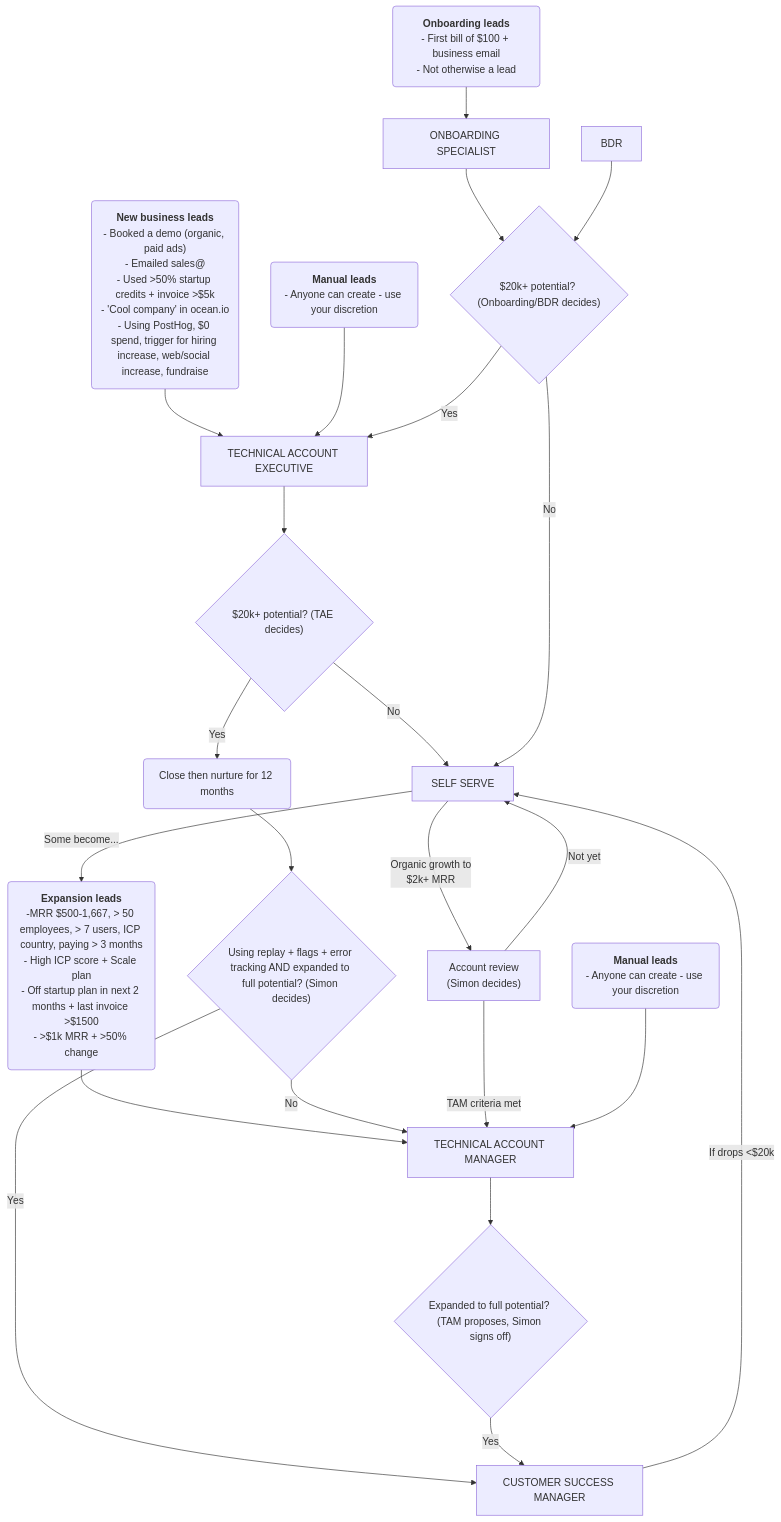
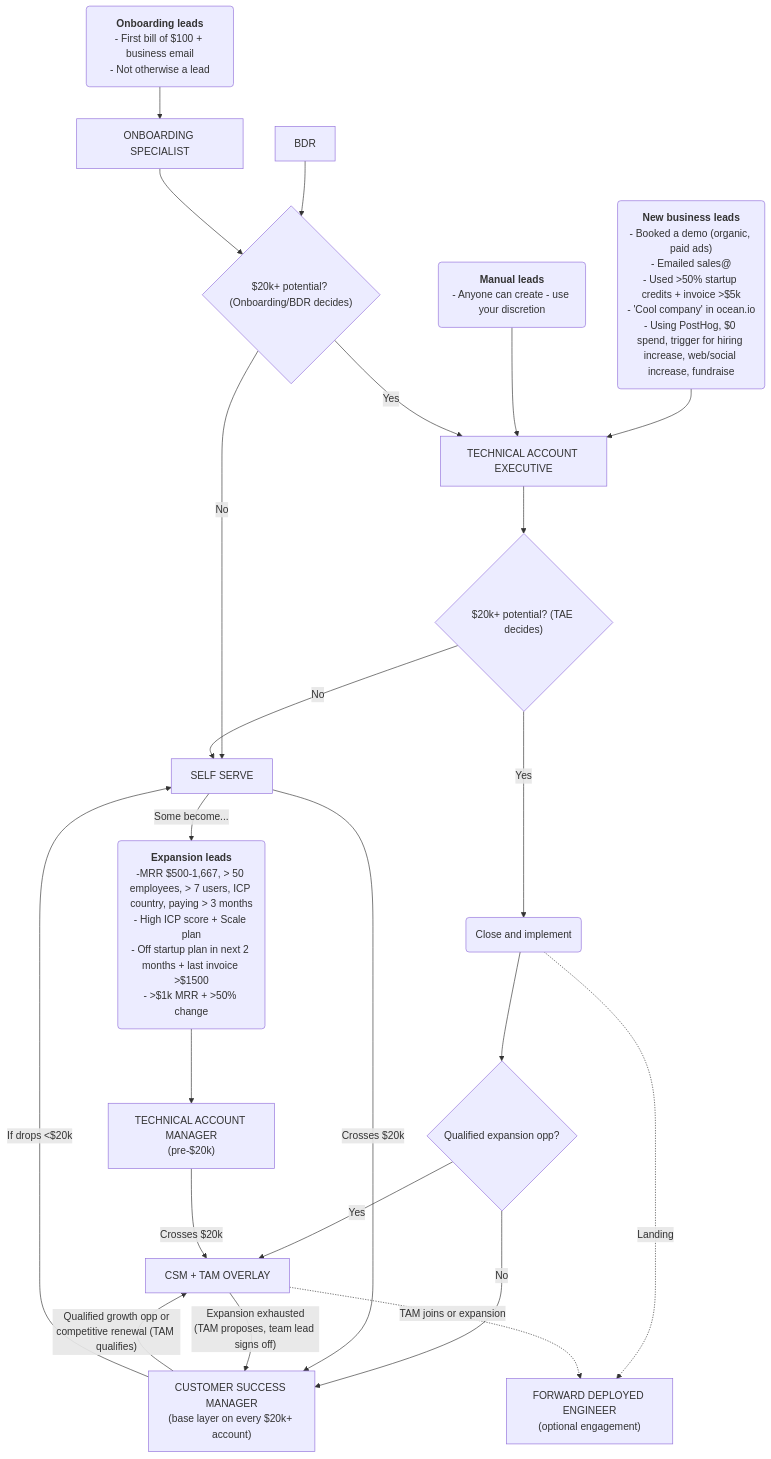
One commit to PostHog/posthog.com changed the diagram in contents/handbook/growth/sales/accounts-overview.md. Above: the diagram before and after it, drawn with Mermaid. The commit also changed other lines of this file and 2 other files, not shown here.

Commit message:
docs(handbook): update accounts overview to CSM + TAM model and add FDE lifecycle touchpoints

````diff
--- a/contents/handbook/growth/sales/accounts-overview.md
+++ b/contents/handbook/growth/sales/accounts-overview.md
@@ -11,43 +11,44 @@
 ```mermaid
 
 flowchart TB
     A@{ label: "<b>New business leads<br></b>- Booked a demo (organic, paid ads)<br>- Emailed sales@<br>- Used &gt;50% startup credits + invoice &gt;$5k<br>- 'Cool company' in ocean.io<br>- Using PostHog, $0 spend, trigger for hiring increase, web/social increase, fundraise" } --> C["TECHNICAL ACCOUNT EXECUTIVE"]
-    B["<b>Expansion leads</b><br>-MRR $500-1,667, &gt; 50 employees, &gt; 7 users, ICP country, paying &gt; 3 months<br>- High ICP score + Scale plan<br>- Off startup plan in next 2 months + last invoice &gt;$1500<br>- &gt;$1k MRR + &gt;50% change"] --> D["TECHNICAL ACCOUNT MANAGER"]
+    B["<b>Expansion leads</b><br>-MRR $500-1,667, &gt; 50 employees, &gt; 7 users, ICP country, paying &gt; 3 months<br>- High ICP score + Scale plan<br>- Off startup plan in next 2 months + last invoice &gt;$1500<br>- &gt;$1k MRR + &gt;50% change"] --> D["TECHNICAL ACCOUNT MANAGER<br>(pre-$20k)"]
     n1["<b>Manual leads</b><br>- Anyone can create - use your discretion"] --> C
     n2@{ label: "<b>Onboarding leads<br></b>- First bill of $100 + business email<br>- Not otherwise a lead" } --> n8["ONBOARDING SPECIALIST"]
-    C --> n4["$20k+ potential? (TAE decides)"]
-    n4 -- No --> n3["SELF SERVE"]
-    n4 -- Yes --> n5["Close then nurture for 12 months"]
-    n5 --> n7["Using replay + flags + error tracking AND expanded to full potential? (Simon decides)"]
-    n7 -- No --> D
-    n7 -- Yes --> n6["CUSTOMER SUCCESS MANAGER"]
+    n11["BDR"] --> n9
     n8 --> n9["$20k+ potential? (Onboarding/BDR decides)"]
     n9 -- Yes --> C
-    n9 -- No --> n3
-    n3 -- "Organic growth to<br>$2k+ MRR" --> n14["Account review<br>(Simon decides)"]
-    n14 -- "TAM criteria met" --> D
-    n14 -- "Not yet" --> n3
-    
-    D --> n10["Expanded to full potential? (TAM proposes, Simon signs off)"]
-    n10 -- Yes --> n6
-    n11["BDR"] --> n9
+    n9 -- No --> n3["SELF SERVE"]
+    C --> n4["$20k+ potential? (TAE decides)"]
+    n4 -- No --> n3
+    n4 -- Yes --> n5["Close and implement"]
+    n5 --> n7["Qualified expansion opp?"]
+    n7 -- No --> n6["CUSTOMER SUCCESS MANAGER<br>(base layer on every $20k+ account)"]
+    n7 -- Yes --> n13["CSM + TAM OVERLAY"]
     n3 -- "Some become..." --> B
-    n12["<b>Manual leads</b><br>- Anyone can create - use your discretion"] --> D
+    n3 -- "Crosses $20k" --> n6
+    D -- "Crosses $20k" --> n13
+    n6 -- "Qualified growth opp or<br>competitive renewal (TAM qualifies)" --> n13
+    n13 -- "Expansion exhausted<br>(TAM proposes, team lead signs off)" --> n6
     n6 -- If drops <$20k --> n3
+
+    F["FORWARD DEPLOYED ENGINEER<br>(optional engagement)"]
+    n5 -. "Landing" .-> F
+    n13 -. "TAM joins or expansion" .-> F
 
     A@{ shape: rounded}
     B@{ shape: rounded}
     n1@{ shape: rounded}
     n2@{ shape: rounded}
     n8@{ shape: rect}
     n4@{ shape: diam}
     n3@{ shape: rect}
     n5@{ shape: rounded}
     n7@{ shape: diam}
     n6@{ shape: rect}
     n9@{ shape: diam}
-    n10@{ shape: diam}
     n11@{ shape: rect}
-    n12@{ shape: rounded}
+    n13@{ shape: rect}
+    F@{ shape: rect}
 
 ```
````
